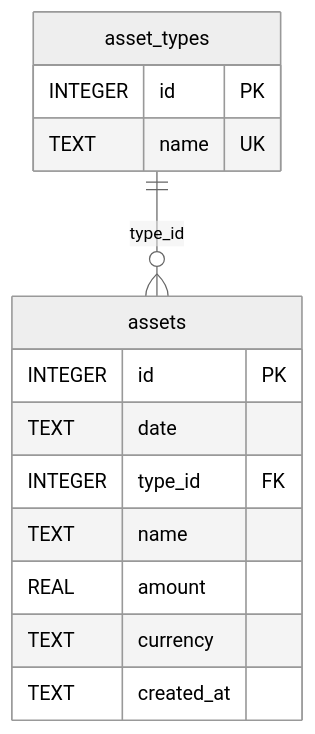
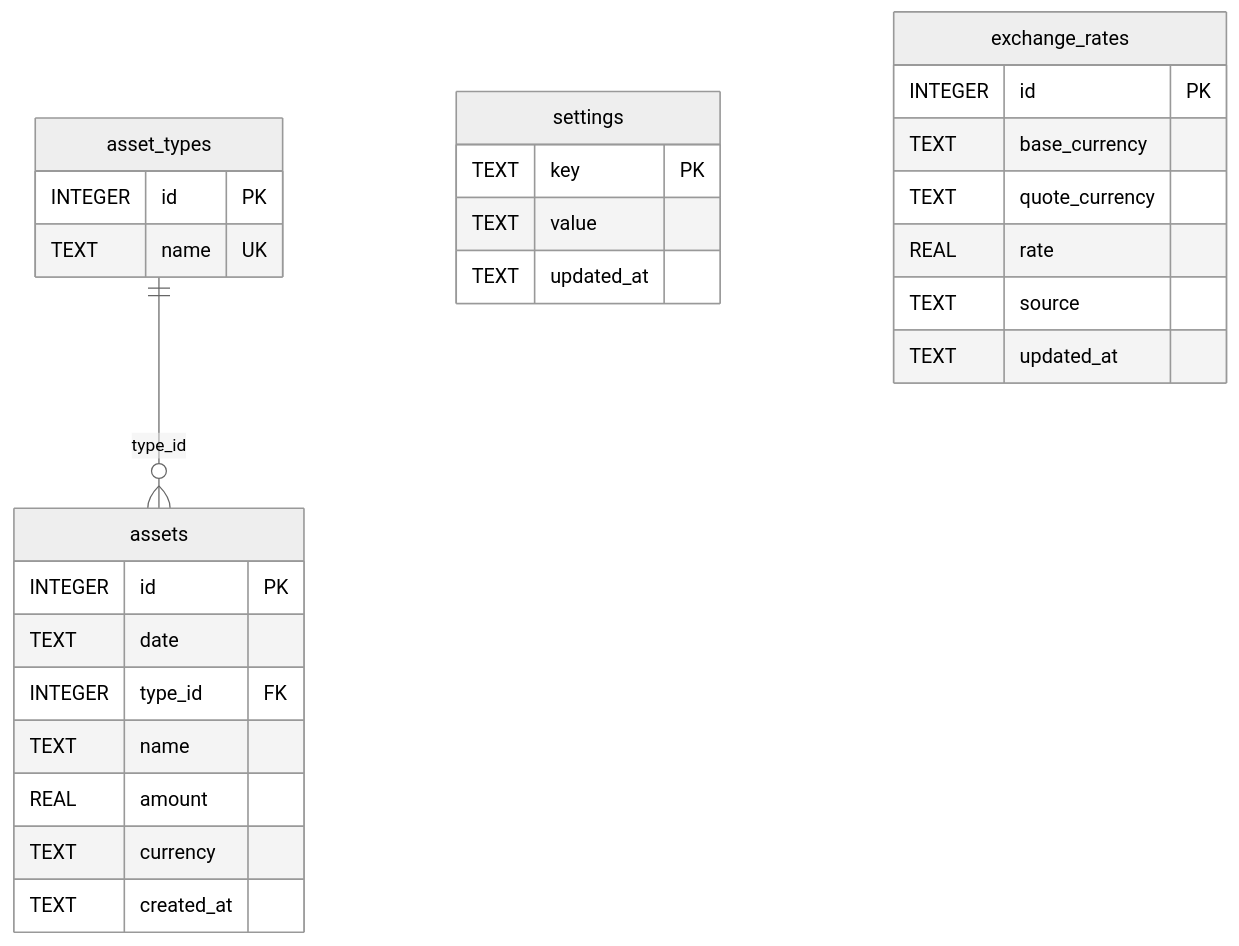
One commit to tonydyb/assets_app changed the diagram in docs/03.DDL.md. Above: the diagram before and after it, drawn with Mermaid (neutral theme). The commit also changed other lines of this file and 10 other files, not shown here.

````diff
--- a/docs/03.DDL.md
+++ b/docs/03.DDL.md
@@ -18,19 +22,34 @@
 ```mermaid
 erDiagram
   asset_types {
     INTEGER id PK
     TEXT name UK
   }
 
   assets {
     INTEGER id PK
     TEXT date
     INTEGER type_id FK
     TEXT name
     REAL amount
     TEXT currency
     TEXT created_at
   }
 
+  settings {
+    TEXT key PK
+    TEXT value
+    TEXT updated_at
+  }
+
+  exchange_rates {
+    INTEGER id PK
+    TEXT base_currency
+    TEXT quote_currency
+    REAL rate
+    TEXT source
+    TEXT updated_at
+  }
+
   asset_types ||--o{ assets : "type_id"
 ```
````
